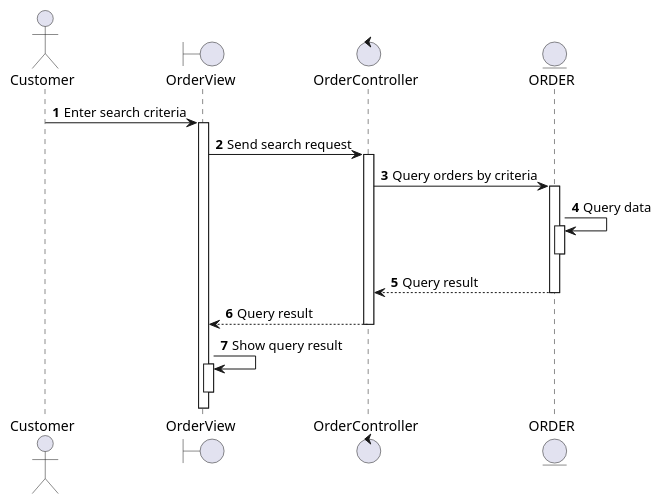
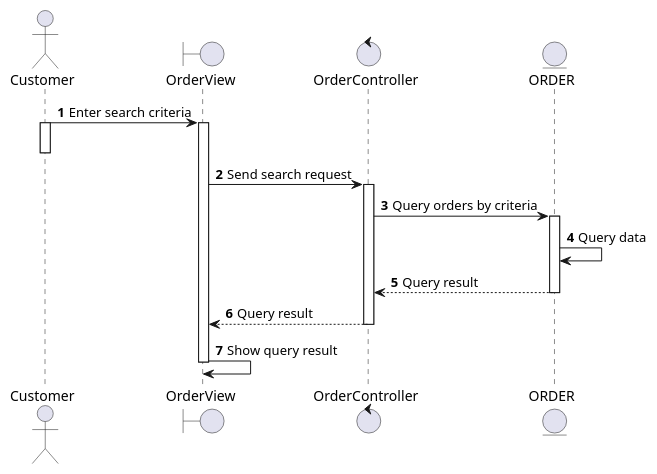
Before and after one commit to electricilies/electricilies.github.io: the diagram in docs/docs/sequence/view-order/search-order.md, drawn with PlantUML. The commit also changed 20 other files, not shown here.

````diff
--- a/docs/docs/sequence/view-order/search-order.md
+++ b/docs/docs/sequence/view-order/search-order.md
@@ -3,28 +3,27 @@
 ```plantuml
 @startuml
 autonumber
 
 actor Customer as C
 boundary OrderView as OV
 control OrderController as OC
 entity ORDER as O
 
 C -> OV: Enter search criteria
+activate C
 activate OV
+deactivate C
 OV -> OC: Send search request
 activate OC
 OC -> O: Query orders by criteria
 activate O
 O -> O: Query data
-activate O
-deactivate O
 OC <-- O: Query result
 deactivate O
 OV <-- OC: Query result
 deactivate OC
 OV -> OV: Show query result
-activate OV
 deactivate OV
 
 @enduml
 ```
````
